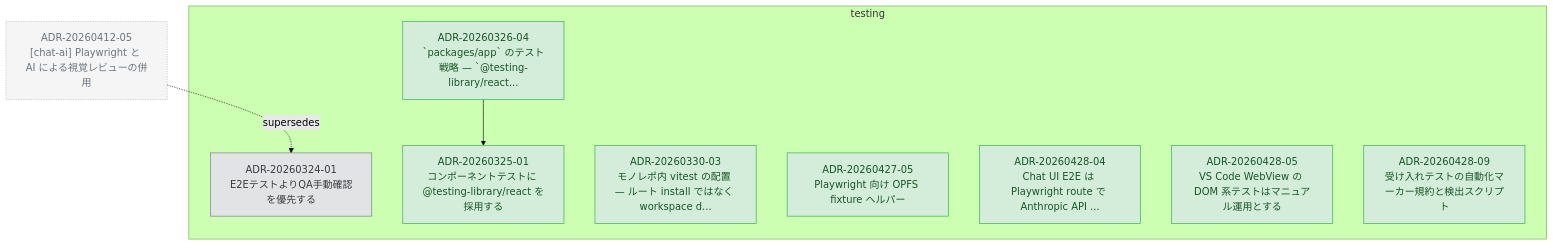
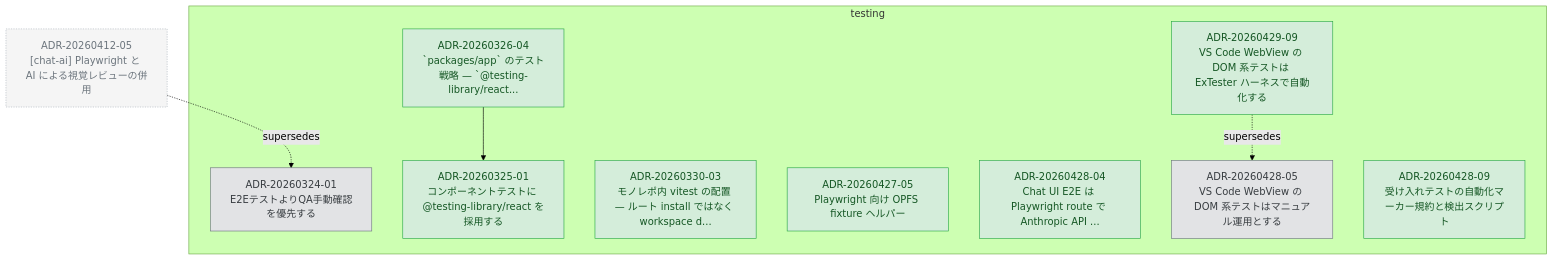
Before and after one commit to kompiro/karasu: the diagram in docs/adr/graph/testing.md, drawn with Mermaid (forest theme). The commit also changed other lines of this file and 6 other files, not shown here.

````diff
--- a/docs/adr/graph/testing.md
+++ b/docs/adr/graph/testing.md
@@ -6,32 +6,35 @@
 ```mermaid
 flowchart TD
   subgraph testing["testing"]
     ADR_20260324_01["ADR-20260324-01<br/>E2EテストよりQA手動確認を優先する"]
     ADR_20260325_01["ADR-20260325-01<br/>コンポーネントテストに @testing-library/react を採用する"]
     ADR_20260326_04["ADR-20260326-04<br/>`packages/app` のテスト戦略 — `@testing-library/react..."]
     ADR_20260330_03["ADR-20260330-03<br/>モノレポ内 vitest の配置 — ルート install ではなく workspace d..."]
     ADR_20260427_05["ADR-20260427-05<br/>Playwright 向け OPFS fixture ヘルパー"]
     ADR_20260428_04["ADR-20260428-04<br/>Chat UI E2E は Playwright route で Anthropic API ..."]
     ADR_20260428_05["ADR-20260428-05<br/>VS Code WebView の DOM 系テストはマニュアル運用とする"]
     ADR_20260428_09["ADR-20260428-09<br/>受け入れテストの自動化マーカー規約と検出スクリプト"]
+    ADR_20260429_09["ADR-20260429-09<br/>VS Code WebView の DOM 系テストは ExTester ハーネスで自動化する"]
   end
   ADR_20260412_05["ADR-20260412-05<br/>[chat-ai] Playwright と AI による視覚レビューの併用"]
   ADR_20260326_04 --> ADR_20260325_01
+  ADR_20260429_09 -.supersedes.-> ADR_20260428_05
   ADR_20260412_05 -.supersedes.-> ADR_20260324_01
 
   classDef accepted fill:#d4edda,stroke:#28a745,color:#155724
   classDef proposed fill:#fff3cd,stroke:#ffc107,color:#856404
   classDef deprecated fill:#f8d7da,stroke:#dc3545,color:#721c24
   classDef superseded fill:#e2e3e5,stroke:#6c757d,color:#383d41
   classDef not_adopted fill:#e2e3e5,stroke:#6c757d,color:#383d41,stroke-dasharray:3 3
   classDef ghost fill:#f5f5f5,stroke:#adb5bd,color:#6c757d,stroke-dasharray:2 2
   class ADR_20260324_01 superseded
   class ADR_20260325_01 accepted
   class ADR_20260326_04 accepted
   class ADR_20260330_03 accepted
   class ADR_20260427_05 accepted
   class ADR_20260428_04 accepted
-  class ADR_20260428_05 accepted
+  class ADR_20260428_05 superseded
   class ADR_20260428_09 accepted
+  class ADR_20260429_09 accepted
   class ADR_20260412_05 ghost
 ```
````
